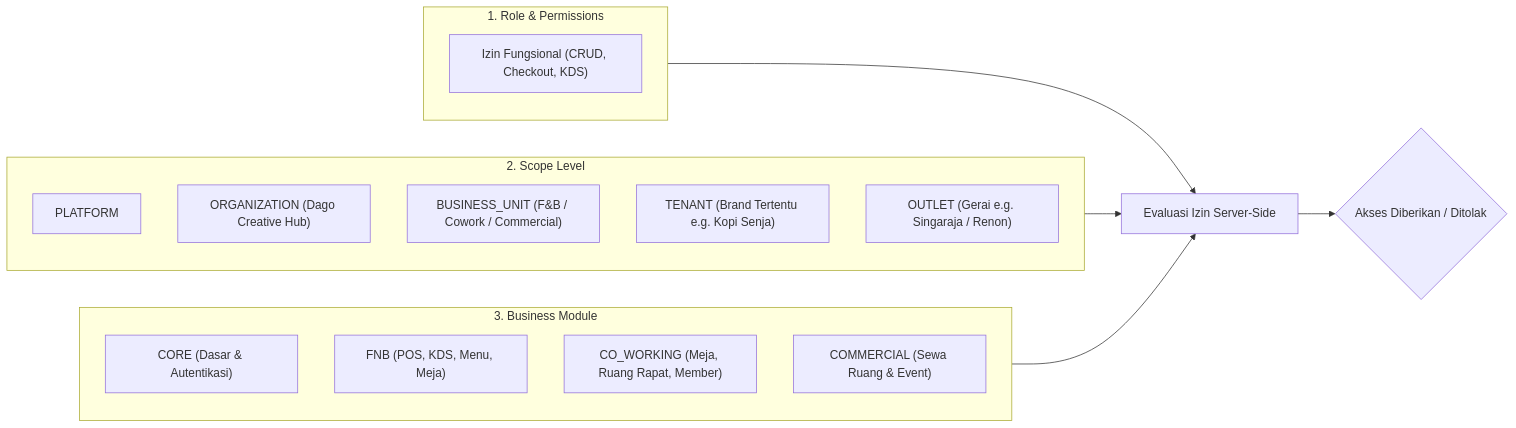
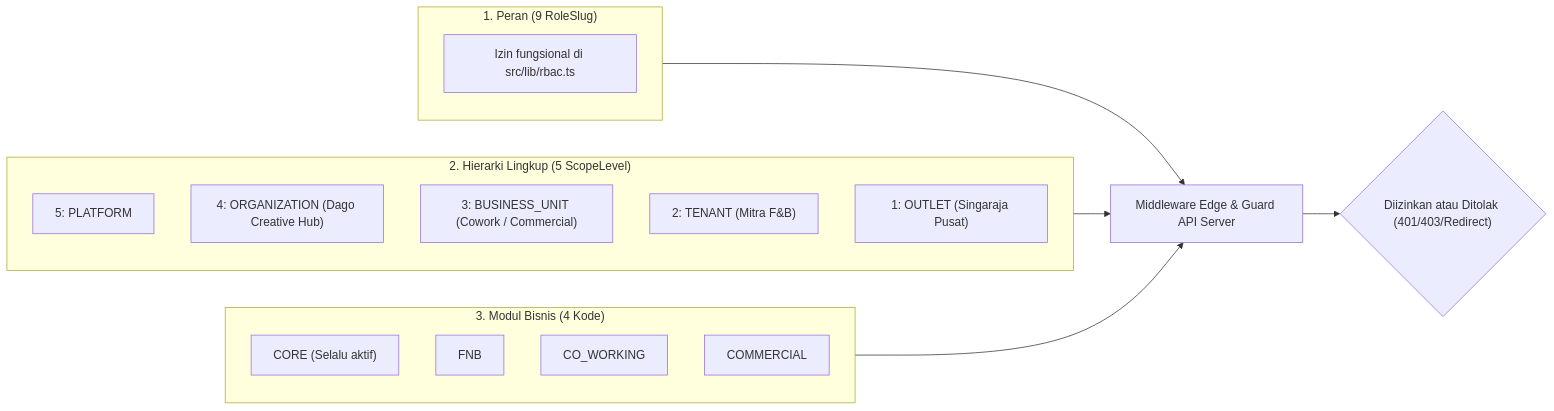
The diagram in docs/RBAC.md (Shandi-Aditya/DagoEng-FnB-Management), drawn with Mermaid before and after one commit. The commit also changed other lines of this file and 11 other files, not shown here.

````diff
--- a/docs/RBAC.md
+++ b/docs/RBAC.md
@@ -15,26 +7,26 @@
 ```mermaid
-graph LR
-    subgraph Axis1 ["1. Role & Permissions"]
-        P1["Izin Fungsional (CRUD, Checkout, KDS)"]
+flowchart LR
+    subgraph Axis1 ["1. Peran (9 RoleSlug)"]
+        R1["Izin fungsional di src/lib/rbac.ts"]
     end
 
-    subgraph Axis2 ["2. Scope Level"]
-        S1["PLATFORM"]
-        S2["ORGANIZATION (Dago Creative Hub)"]
-        S3["BUSINESS_UNIT (F&B / Cowork / Commercial)"]
-        S4["TENANT (Brand Tertentu e.g. Kopi Senja)"]
-        S5["OUTLET (Gerai e.g. Singaraja / Renon)"]
+    subgraph Axis2 ["2. Hierarki Lingkup (5 ScopeLevel)"]
+        S1["5: PLATFORM"]
+        S2["4: ORGANIZATION (Dago Creative Hub)"]
+        S3["3: BUSINESS_UNIT (Cowork / Commercial)"]
+        S4["2: TENANT (Mitra F&B)"]
+        S5["1: OUTLET (Singaraja Pusat)"]
     end
 
-    subgraph Axis3 ["3. Business Module"]
-        M1["CORE (Dasar & Autentikasi)"]
-        M2["FNB (POS, KDS, Menu, Meja)"]
-        M3["CO_WORKING (Meja, Ruang Rapat, Member)"]
-        M4["COMMERCIAL (Sewa Ruang & Event)"]
+    subgraph Axis3 ["3. Modul Bisnis (4 Kode)"]
+        M1["CORE (Selalu aktif)"]
+        M2["FNB"]
+        M3["CO_WORKING"]
+        M4["COMMERCIAL"]
     end
 
-    Axis1 --> Decision["Evaluasi Izin Server-Side"]
-    Axis2 --> Decision
-    Axis3 --> Decision
-    Decision --> Verdict{"Akses Diberikan / Ditolak"}
+    Axis1 --> Guard["Middleware Edge & Guard API Server"]
+    Axis2 --> Guard
+    Axis3 --> Guard
+    Guard --> Result{"Diizinkan atau Ditolak (401/403/Redirect)"}
 ```
````
